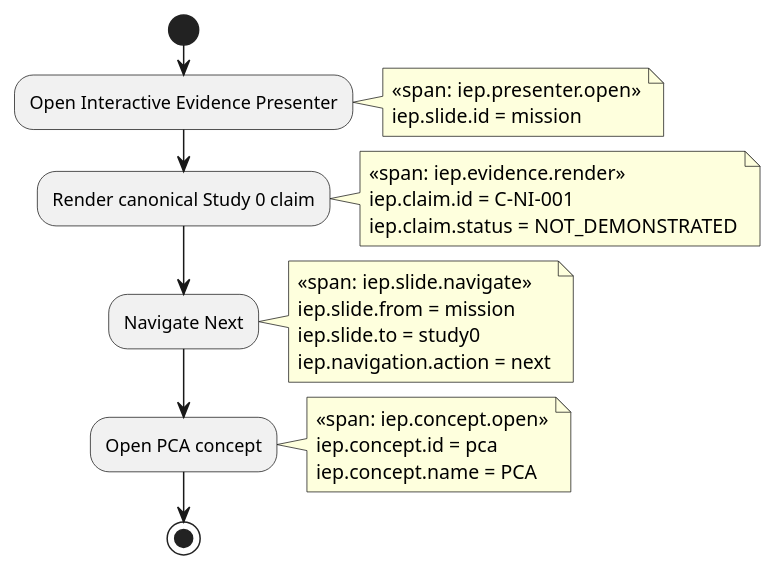
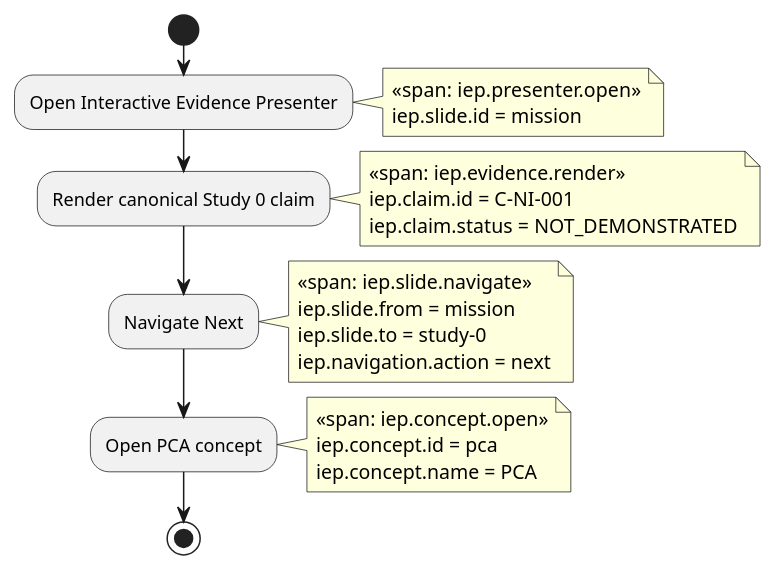
Before and after one commit to gharbonnier78/interactive-evidence-presenter: the diagram in docs/models/E2E-REFERENCE-001.puml, drawn with PlantUML.

Commit message:
Align UML telemetry expectation with canonical slide id

```diff
--- a/docs/models/E2E-REFERENCE-001.puml
+++ b/docs/models/E2E-REFERENCE-001.puml
@@ -1,31 +1,31 @@
 @startuml
 start
 :Open Interactive Evidence Presenter;
 note right
 <<span: iep.presenter.open>>
 iep.slide.id = mission
 end note
 
 :Render canonical Study 0 claim;
 note right
 <<span: iep.evidence.render>>
 iep.claim.id = C-NI-001
 iep.claim.status = NOT_DEMONSTRATED
 end note
 
 :Navigate Next;
 note right
 <<span: iep.slide.navigate>>
 iep.slide.from = mission
-iep.slide.to = study0
+iep.slide.to = study-0
 iep.navigation.action = next
 end note
 
 :Open PCA concept;
 note right
 <<span: iep.concept.open>>
 iep.concept.id = pca
 iep.concept.name = PCA
 end note
 stop
 @enduml
```
